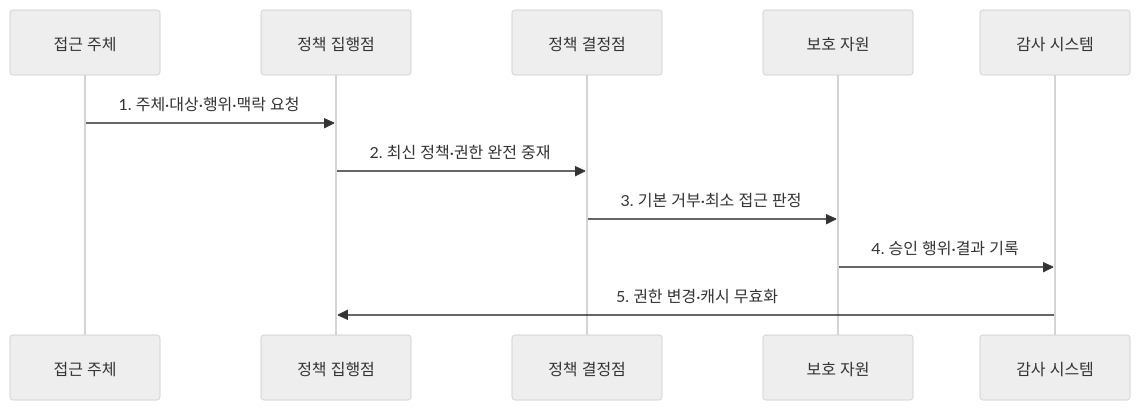
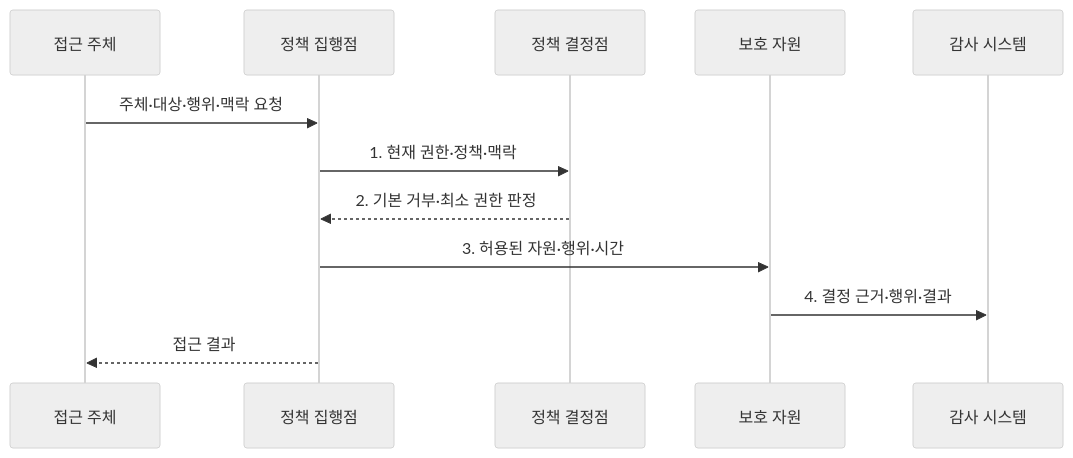
Before and after one commit to agnusdei1207/knowledge-base: the second of 2 diagrams in src/content/docs/notes/05-security/137_security_design_principles.md, drawn with Mermaid (neutral theme). The commit also changed other lines of this file and 20 other files, not shown here.

````diff
--- a/src/content/docs/notes/05-security/137_security_design_principles.md
+++ b/src/content/docs/notes/05-security/137_security_design_principles.md
@@ -83,13 +83,14 @@
 ```mermaid
 sequenceDiagram
   participant S as 접근 주체
   participant E as 정책 집행점
   participant P as 정책 결정점
   participant R as 보호 자원
   participant A as 감사 시스템
-  S->>E: 1. 주체·대상·행위·맥락 요청
-  E->>P: 2. 최신 정책·권한 완전 중재
-  P->>R: 3. 기본 거부·최소 접근 판정
-  R->>A: 4. 승인 행위·결과 기록
-  A->>E: 5. 권한 변경·캐시 무효화
+  S->>E: 주체·대상·행위·맥락 요청
+  E->>P: 1. 현재 권한·정책·맥락
+  P-->>E: 2. 기본 거부·최소 권한 판정
+  E->>R: 3. 허용된 자원·행위·시간
+  R->>A: 4. 결정 근거·행위·결과
+  E-->>S: 접근 결과
 ```
````
